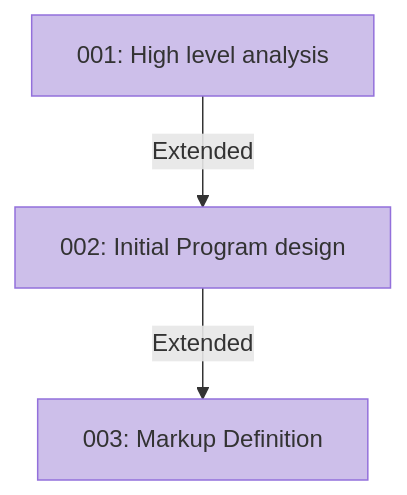
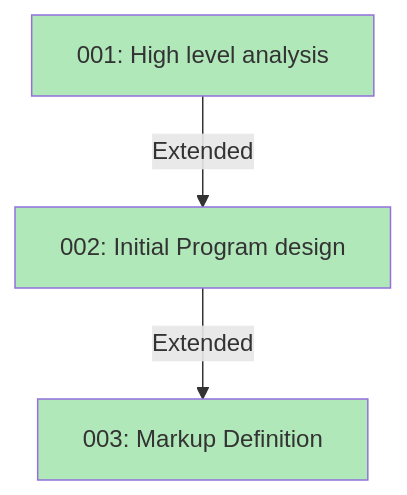
The diagram in docs/adr/adr.md (lyz-code/pynbox), drawn with Mermaid before and after one commit. The commit also changed 28 other files, not shown here.

````diff
--- a/docs/adr/adr.md
+++ b/docs/adr/adr.md
@@ -5,24 +5,24 @@
 ```mermaid
 graph TD
     001[001: High level analysis]
     002[002: Initial Program design]
     003[003: Markup Definition]
 
     001 -- Extended --> 002
     002 -- Extended --> 003
 
     click 001 "https://lyz-code.github.io/pynbox/adr/001-high_level_problem_analysis" _blank
     click 002 "https://lyz-code.github.io/pynbox/adr/002-initial_program_design" _blank
     click 002 "https://lyz-code.github.io/pynbox/adr/003-markup_definition" _blank
 
-    001:::draft
-    002:::draft
-    003:::draft
+    001:::accepted
+    002:::accepted
+    003:::accepted
 
     classDef draft fill:#CDBFEA;
     classDef proposed fill:#B1CCE8;
     classDef accepted fill:#B1E8BA;
     classDef rejected fill:#E8B1B1;
     classDef deprecated fill:#E8B1B1;
     classDef superseeded fill:#E8E5B1;
 ```
````
